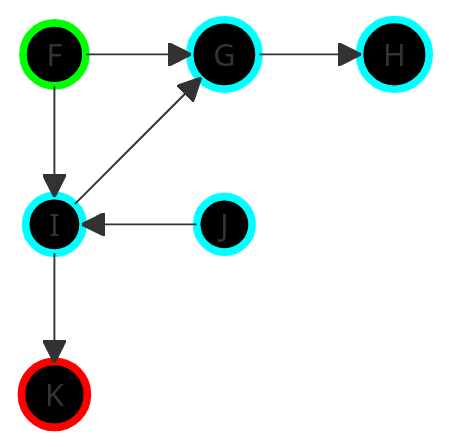
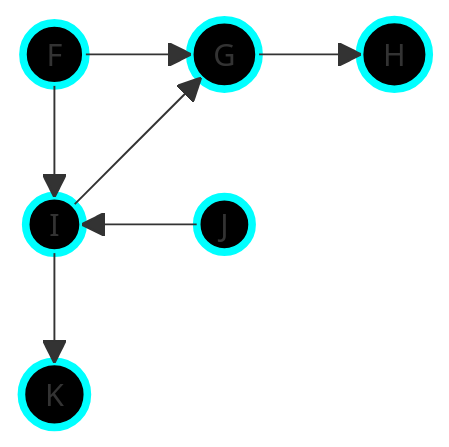
Before and after one commit to BradleyGilden/DSA-Practice: the second of 3 diagrams in Graphs/DFS_BFS/README.md, drawn with Mermaid. The commit also changed other lines of this file and 3 other files, not shown here.

Commit message:
undirectedPath exists for graph

````diff
--- a/Graphs/DFS_BFS/README.md
+++ b/Graphs/DFS_BFS/README.md
@@ -39,24 +39,24 @@
 ```mermaid
   block-beta
   columns 5
   F(("&nbsp;&nbsp;F&nbsp;&nbsp;")) space G(("&nbsp;&nbsp;G&nbsp;&nbsp;")) space H(("&nbsp;&nbsp;H&nbsp;&nbsp;"))
   space space space space space
   I(("&nbsp;&nbsp;I&nbsp;&nbsp;")) space J(("&nbsp;&nbsp;J&nbsp;&nbsp;"))
   space space space space space space space
   K(("&nbsp;&nbsp;K&nbsp;&nbsp;"))
 
   F-->G
   G-->H
   F-->I
   I-->G
   J-->I
   I-->K
 
-  style F fill:black,stroke:lime,stroke-width:4px,color:lime
-  style K fill:black,stroke:red,stroke-width:4px,color:red
+  style F fill:black,stroke:cyan,stroke-width:4px,color:cyan
+  style K fill:black,stroke:cyan,stroke-width:4px,color:cyan
 
   style G fill:black,stroke:cyan,stroke-width:4px,color:cyan
   style H fill:black,stroke:cyan,stroke-width:4px,color:cyan
   style I fill:black,stroke:cyan,stroke-width:4px,color:cyan
   style J fill:black,stroke:cyan,stroke-width:4px,color:cyan
 ```
````
